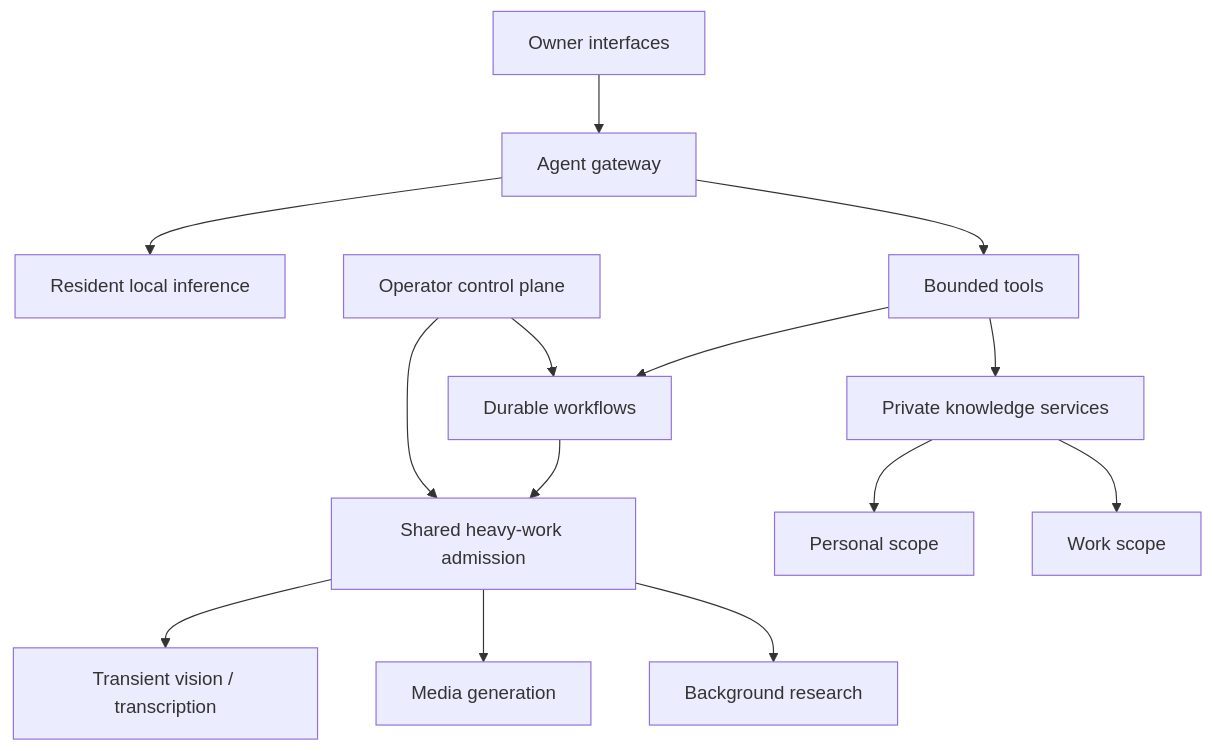
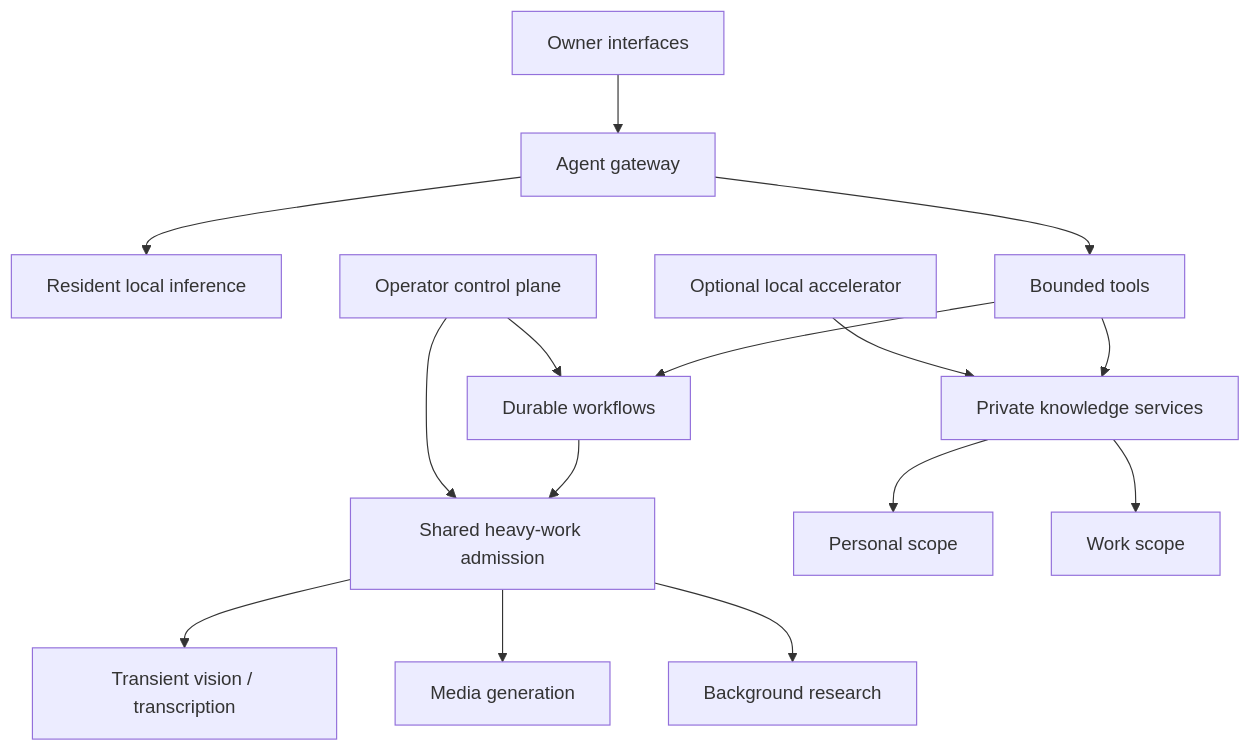
One commit to wilsonsyahlie/dgx-spark-local-ai-showcase changed the diagram in docs/ARCHITECTURE.md. Above: the diagram before and after it, drawn with Mermaid. The commit also changed other lines of this file and 3 other files, not shown here.

````diff
--- a/docs/ARCHITECTURE.md
+++ b/docs/ARCHITECTURE.md
@@ -10,16 +10,17 @@
 ```mermaid
 flowchart TD
     U[Owner interfaces] --> G[Agent gateway]
     G --> L[Resident local inference]
     G --> T[Bounded tools]
     T --> K[Private knowledge services]
+    D[Optional local accelerator] --> K
     T --> W[Durable workflows]
     W --> A[Shared heavy-work admission]
     A --> V[Transient vision / transcription]
     A --> M[Media generation]
     A --> R[Background research]
     K --> P[Personal scope]
     K --> B[Work scope]
     O[Operator control plane] --> A
     O --> W
 ```
````
